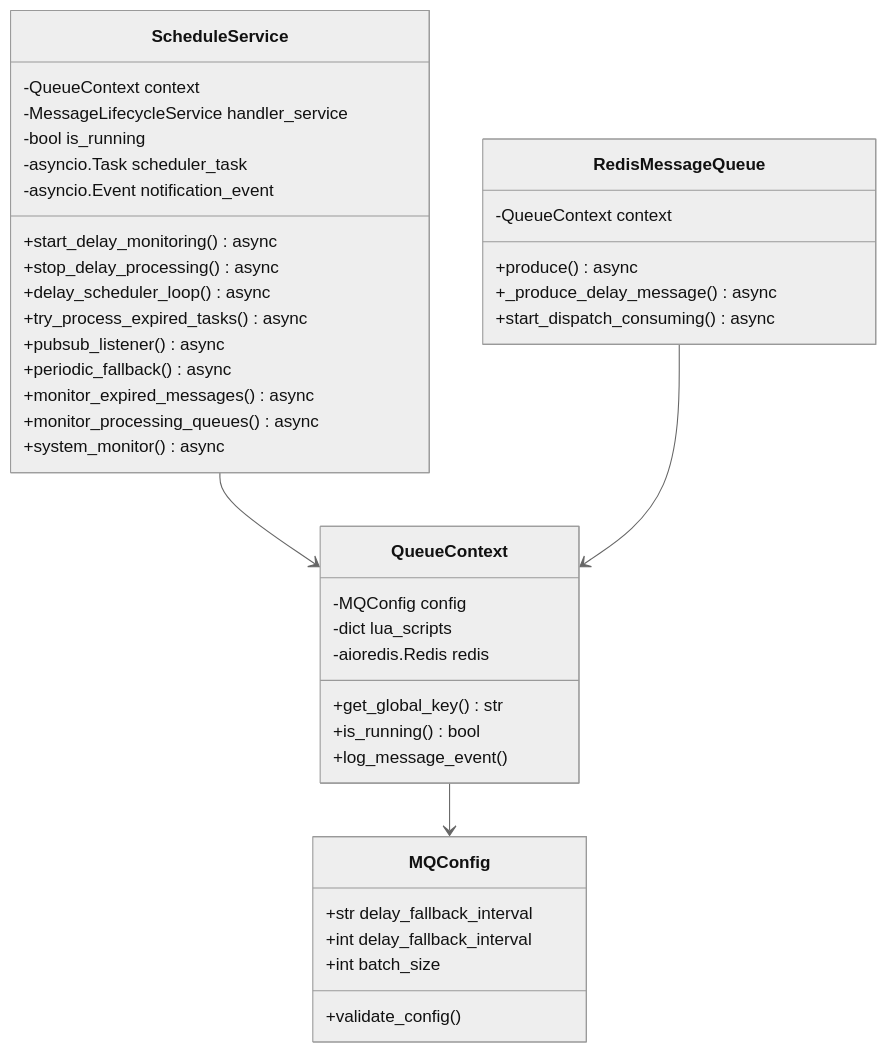
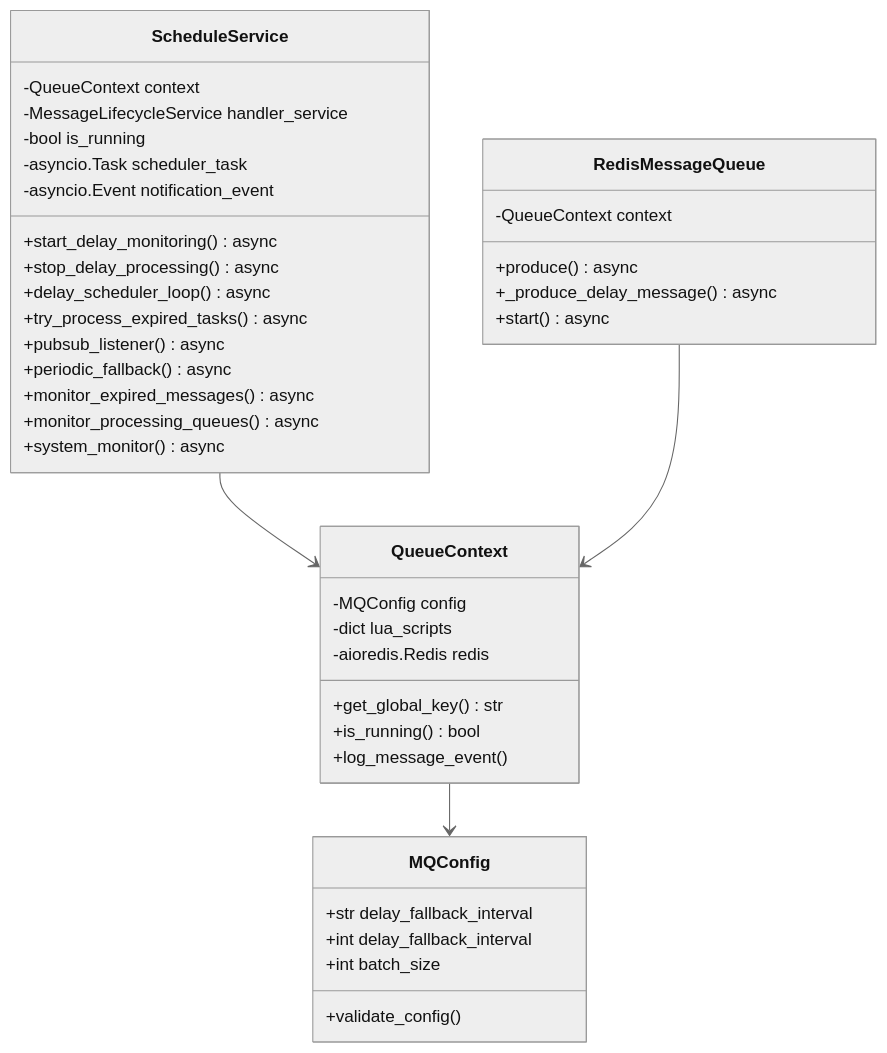
One commit to CodingOX/mx-rmq changed the second of 5 diagrams in docs/延时任务设计.md. Above: the diagram before and after it, drawn with Mermaid (neutral theme). The commit also changed other lines of this file and 64 other files, not shown here.

````diff
--- a/docs/延时任务设计.md
+++ b/docs/延时任务设计.md
@@ -80,46 +80,46 @@
 ```mermaid
 classDiagram
     class ScheduleService {
         -QueueContext context
         -MessageLifecycleService handler_service
         -bool is_running
         -asyncio.Task scheduler_task
         -asyncio.Event notification_event
         +start_delay_monitoring() async
         +stop_delay_processing() async
         +delay_scheduler_loop() async
         +try_process_expired_tasks() async
         +pubsub_listener() async
         +periodic_fallback() async
         +monitor_expired_messages() async
         +monitor_processing_queues() async
         +system_monitor() async
     }
     
     class RedisMessageQueue {
         -QueueContext context
         +produce() async
         +_produce_delay_message() async
-        +start_dispatch_consuming() async
+        +start() async
     }
     
     class QueueContext {
         -MQConfig config
         -dict lua_scripts
         -aioredis.Redis redis
         +get_global_key() str
         +is_running() bool
         +log_message_event()
     }
     
     class MQConfig {
         +str delay_fallback_interval
         +int delay_fallback_interval
         +int batch_size
         +validate_config()
     }
     
     ScheduleService --> QueueContext
     RedisMessageQueue --> QueueContext
     QueueContext --> MQConfig
 ```
````
